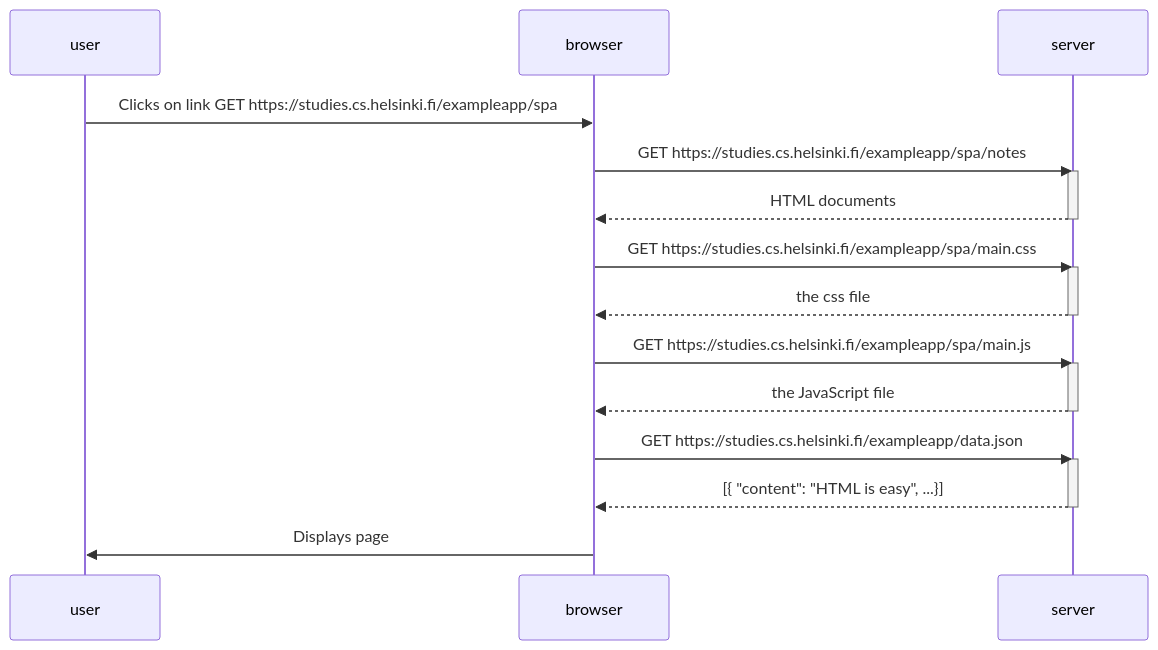
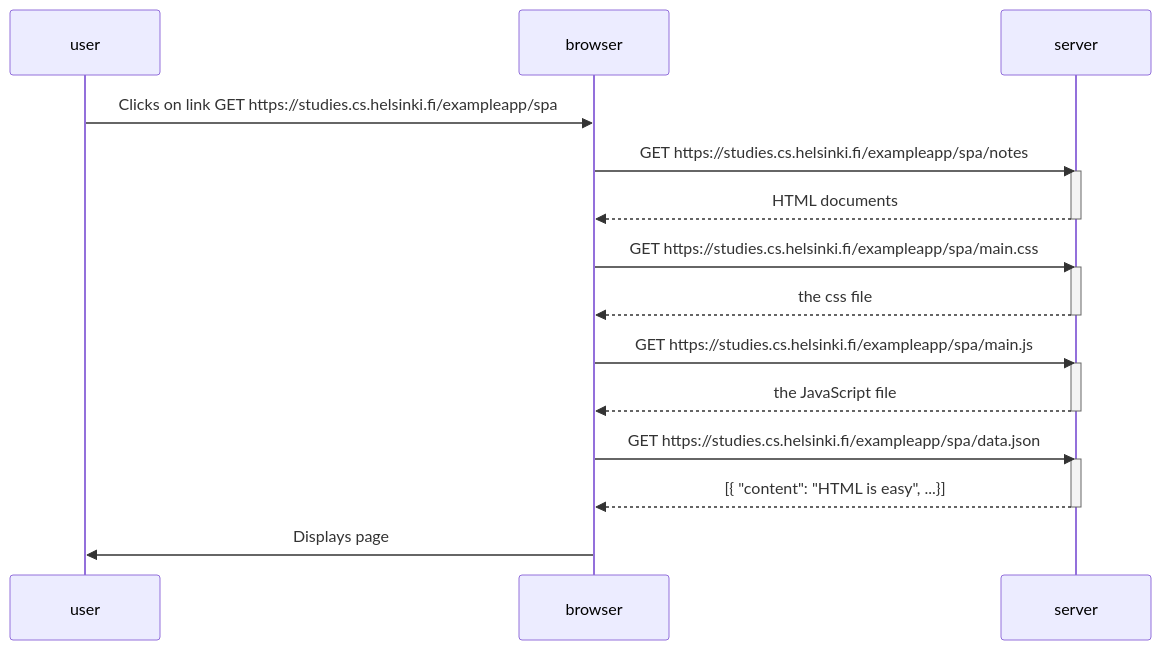
The diagram in part0 (0.4-0.6)/0.5.md (Kskx2203/fullStackOpen), drawn with Mermaid before and after one commit.

````diff
--- a/part0 (0.4-0.6)/0.5.md
+++ b/part0 (0.4-0.6)/0.5.md
@@ -1,32 +1,32 @@
 ```mermaid
 sequenceDiagram
     participant user
     participant browser
     participant server
 
     %% User clicks on the link
     user->>browser: Clicks on link GET https://studies.cs.helsinki.fi/exampleapp/spa
 
     %% Browser renders page
     browser->>server: GET https://studies.cs.helsinki.fi/exampleapp/spa/notes
     activate server
     server-->>browser: HTML documents
     deactivate server
 
     browser->>server: GET https://studies.cs.helsinki.fi/exampleapp/spa/main.css
     activate server
     server-->>browser: the css file
     deactivate server
 
     browser->>server: GET https://studies.cs.helsinki.fi/exampleapp/spa/main.js
     activate server
     server-->>browser: the JavaScript file
     deactivate server
 
-    browser->>server: GET https://studies.cs.helsinki.fi/exampleapp/data.json
+    browser->>server: GET https://studies.cs.helsinki.fi/exampleapp/spa/data.json
     activate server
     server-->>browser: [{ "content": "HTML is easy", ...}]
     deactivate server
 
     browser->>user: Displays page
 ```
````
